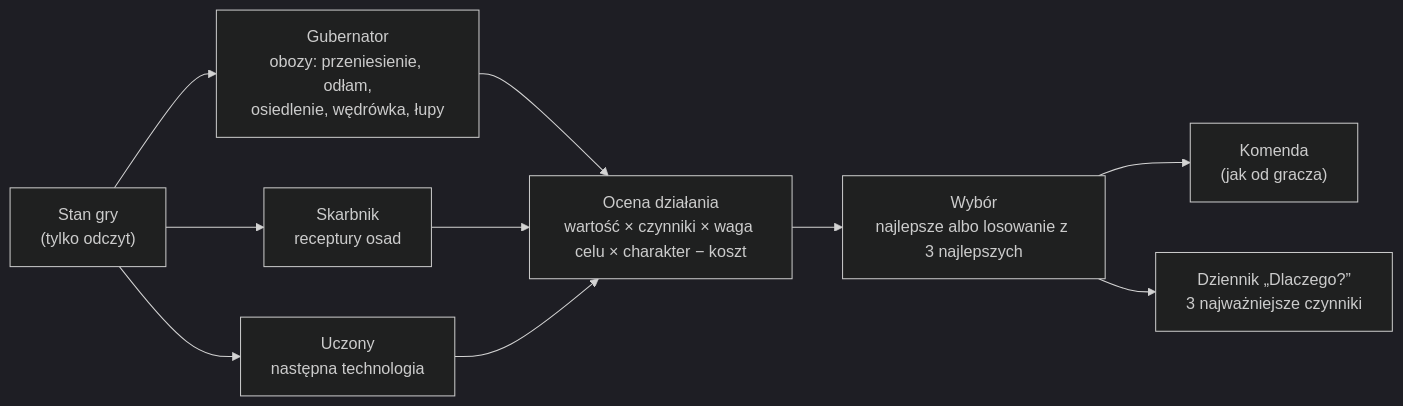
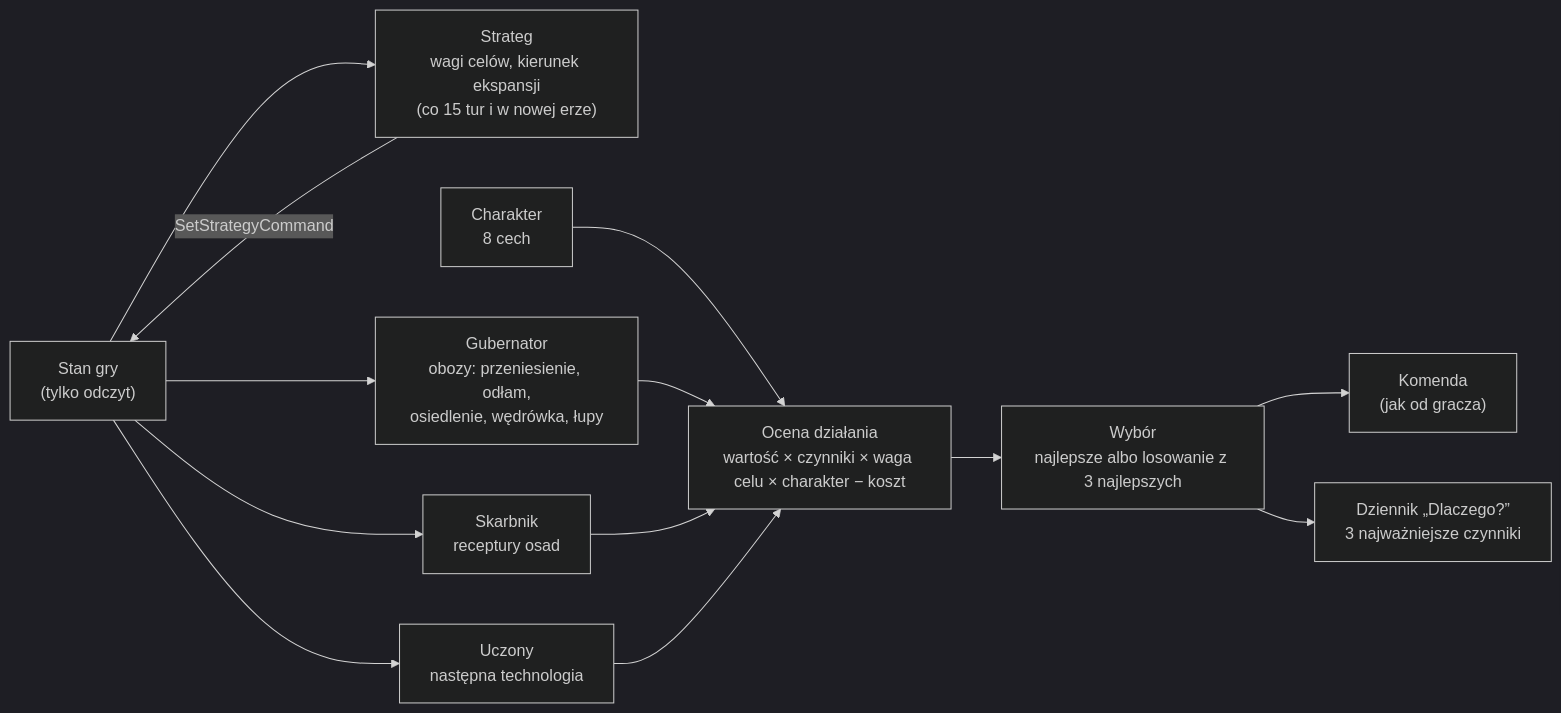
The diagram in docs/systems/ai.md (CoStellar/CivSim2), drawn with Mermaid (dark theme) before and after one commit. The commit also changed other lines of this file and 104 other files, not shown here.

````diff
--- a/docs/systems/ai.md
+++ b/docs/systems/ai.md
@@ -14,12 +14,15 @@
 ```mermaid
 flowchart LR
-  S["Stan gry<br/>(tylko odczyt)"] --> G["Gubernator<br/>obozy: przeniesienie, odłam,<br/>osiedlenie, wędrówka, łupy"]
+  S["Stan gry<br/>(tylko odczyt)"] --> ST["Strateg<br/>wagi celów, kierunek ekspansji<br/>(co 15 tur i w nowej erze)"]
+  ST -->|SetStrategyCommand| S
+  CH["Charakter<br/>8 cech"] --> E
+  S --> G["Gubernator<br/>obozy: przeniesienie, odłam,<br/>osiedlenie, wędrówka, łupy"]
   S --> T["Skarbnik<br/>receptury osad"]
   S --> U["Uczony<br/>następna technologia"]
   G --> E["Ocena działania<br/>wartość × czynniki × waga celu × charakter − koszt"]
   T --> E
   U --> E
   E --> C["Wybór<br/>najlepsze albo losowanie z 3 najlepszych"]
   C --> Q["Komenda<br/>(jak od gracza)"]
   C --> L["Dziennik „Dlaczego?”<br/>3 najważniejsze czynniki"]
 ```
````
